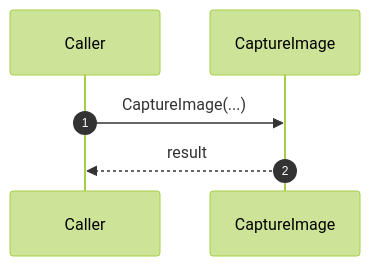
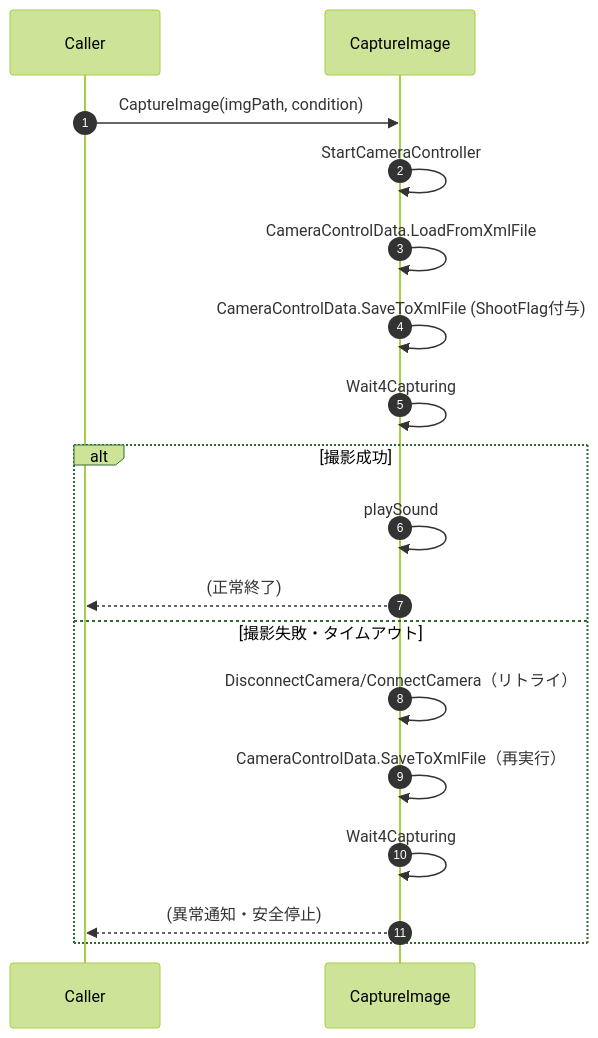
One commit to HottaTakayuki/ColorAlignmentSoftware changed the fifth of 21 diagrams in docs/UfCamera_詳細設計書/08_メソッド仕様/08-5_連携モジュールメソッド/08-5-3_計測_表示_入出力連携.md. Above: the diagram before and after it, drawn with Mermaid (forest theme). The commit also changed other lines of this file and 30 other files, not shown here.

````diff
--- a/docs/UfCamera_詳細設計書/08_メソッド仕様/08-5_連携モジュールメソッド/08-5-3_計測_表示_入出力連携.md
+++ b/docs/UfCamera_詳細設計書/08_メソッド仕様/08-5_連携モジュールメソッド/08-5-3_計測_表示_入出力連携.md
@@ -307,9 +353,21 @@
 ```mermaid
 sequenceDiagram
     autonumber
     participant CALLER as Caller
     participant M as CaptureImage
 
-    CALLER->>M: CaptureImage(...)
-    M-->>CALLER: result
+    CALLER->>M: CaptureImage(imgPath, condition)
+    M->>M: StartCameraController
+    M->>M: CameraControlData.LoadFromXmlFile
+    M->>M: CameraControlData.SaveToXmlFile (ShootFlag付与)
+    M->>M: Wait4Capturing
+    alt 撮影成功
+        M->>M: playSound
+        M-->>CALLER: (正常終了)
+    else 撮影失敗・タイムアウト
+        M->>M: DisconnectCamera/ConnectCamera（リトライ）
+        M->>M: CameraControlData.SaveToXmlFile（再実行）
+        M->>M: Wait4Capturing
+        M-->>CALLER: (異常通知・安全停止)
+    end
 ```
````
